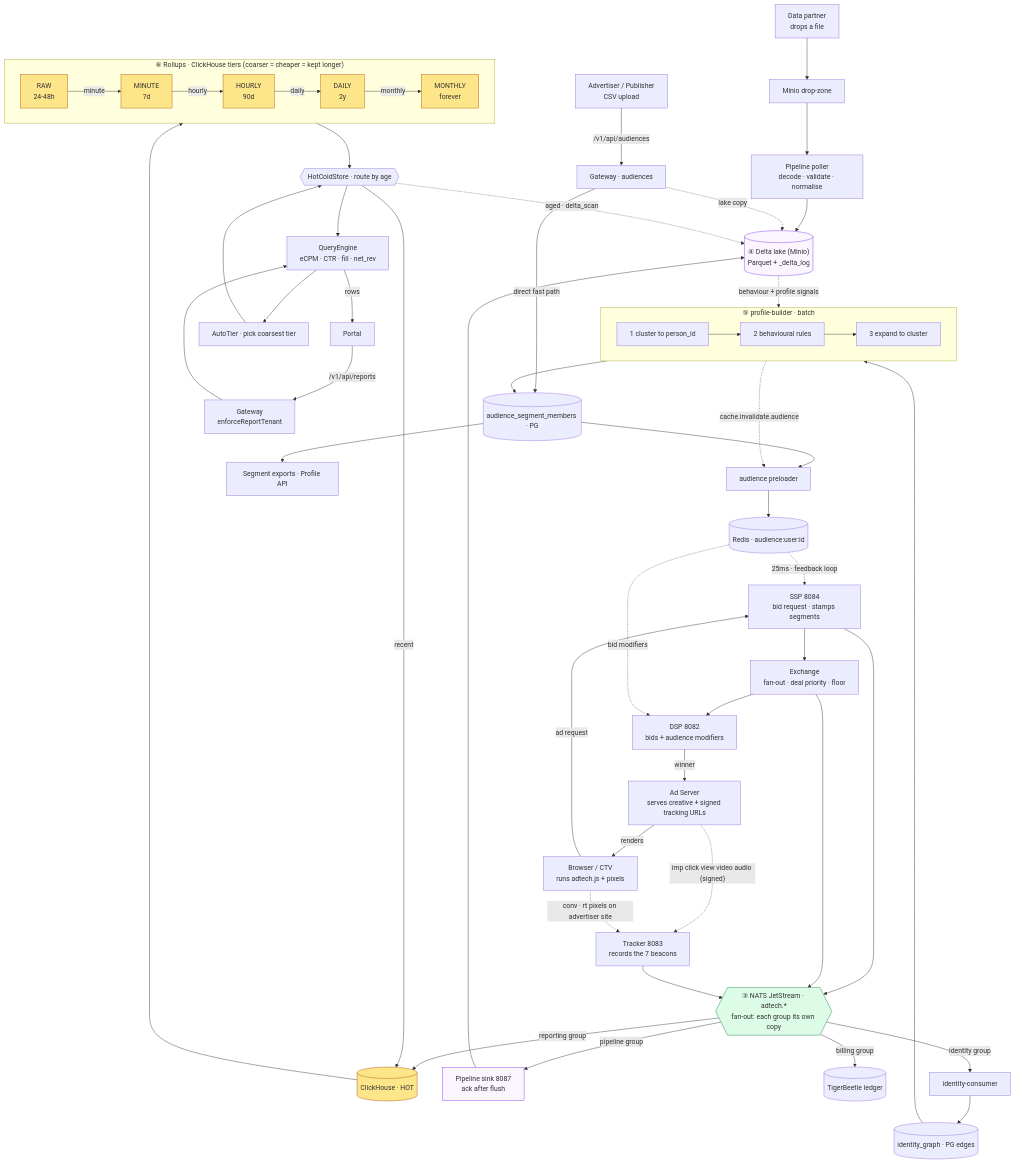
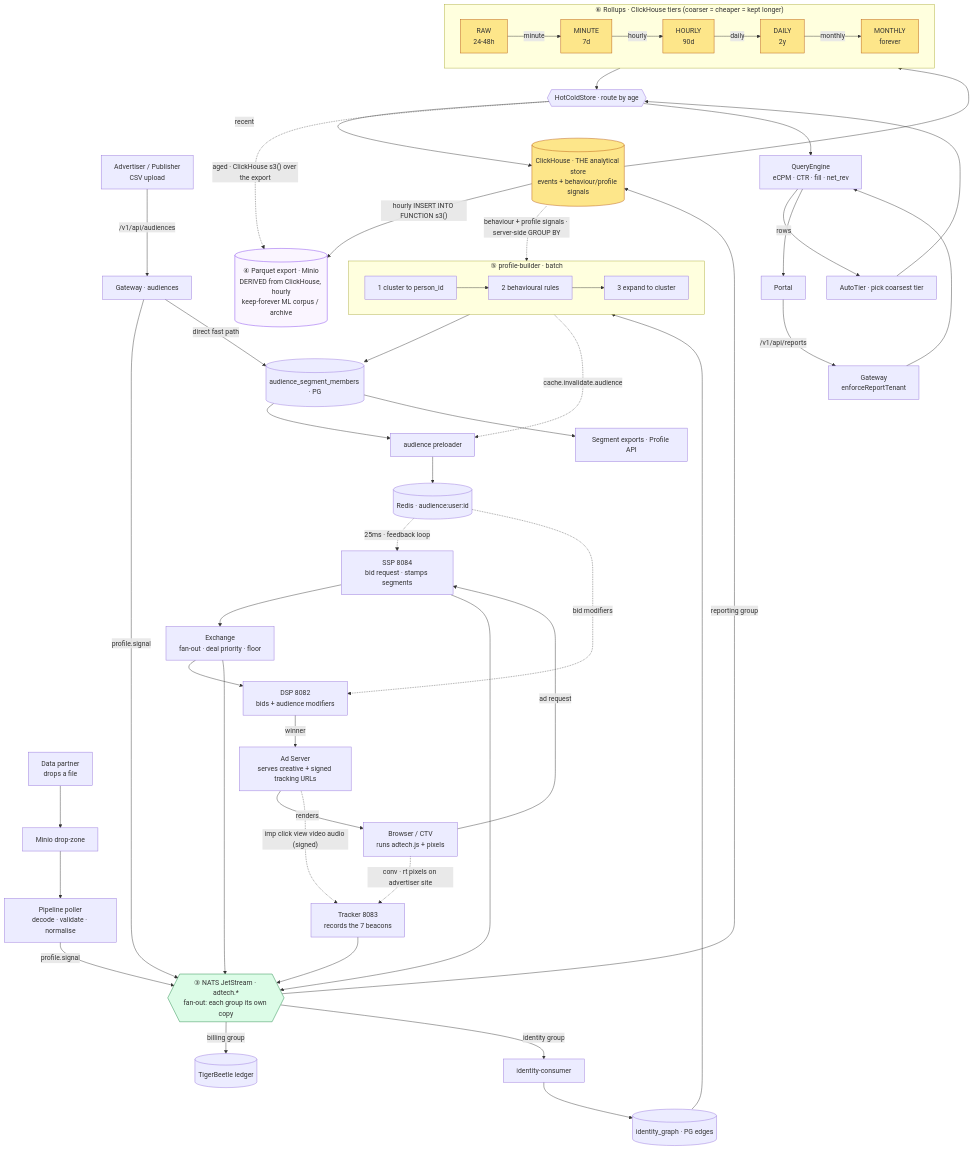
The diagram in docs/diagrams/data-lifecycle.md (MichaelJohnWatters/ad-tech-mono), drawn with Mermaid before and after one commit. The commit also changed other lines of this file and 29 other files, not shown here.

First line of the commit message:
diagrams: redraw for the ClickHouse-only analytics stack (ADR 0006)

````diff
--- a/docs/diagrams/data-lifecycle.md
+++ b/docs/diagrams/data-lifecycle.md
@@ -160,78 +162,79 @@
 ```mermaid
 flowchart TD
   %% ---------- ① sources ----------
   BR["Browser / CTV<br/>runs adtech.js + pixels"]
   OWN["Advertiser / Publisher<br/>CSV upload"]
   PART["Data partner<br/>drops a file"]
 
   %% ---------- ② auction ----------
   SSP["SSP 8084<br/>bid request · stamps segments"]
   EX["Exchange<br/>fan-out · deal priority · floor"]
   DSP["DSP 8082<br/>bids + audience modifiers"]
   ADS["Ad Server<br/>serves creative + signed tracking URLs"]
   TRK["Tracker 8083<br/>records the 7 beacons"]
 
   BR -->|"ad request"| SSP
   SSP --> EX --> DSP -->|"winner"| ADS -->|"renders"| BR
   ADS -.->|"imp click view video audio (signed)"| TRK
   BR -.->|"conv · rt pixels on advertiser site"| TRK
 
   %% onboarded lane
   OWN -->|"/v1/api/audiences"| GW1["Gateway · audiences"]
   PART --> DZ["Minio drop-zone"] --> POLL["Pipeline poller<br/>decode · validate · normalise"]
 
   %% ---------- ③ NATS fork ----------
   SSP --> NATS
   EX --> NATS
   TRK --> NATS
   NATS{{"③ NATS JetStream · adtech.*<br/>fan-out: each group its own copy"}}
 
-  NATS -->|"reporting group"| CH[("ClickHouse · HOT")]
-  NATS -->|"pipeline group"| SINK["Pipeline sink 8087<br/>ack after flush"]
+  NATS -->|"reporting group"| CH[("ClickHouse · THE analytical store<br/>events + behaviour/profile signals")]
   NATS -->|"billing group"| TB[("TigerBeetle ledger")]
   NATS -->|"identity group"| IDC["identity-consumer"]
 
-  %% ---------- ④ cold lake ----------
-  SINK --> LAKE[("④ Delta lake (Minio)<br/>Parquet + _delta_log")]
-  POLL --> LAKE
-  GW1 -.->|"lake copy"| LAKE
+  %% onboarded signals ride the same bus → reporting → ClickHouse (no lake copy)
+  GW1 -->|"profile.signal"| NATS
+  POLL -->|"profile.signal"| NATS
+
+  %% ---------- ④ derived Parquet export (ADR 0006) ----------
+  CH -->|"hourly INSERT INTO FUNCTION s3()"| LAKE[("④ Parquet export · Minio<br/>DERIVED from ClickHouse, hourly<br/>keep-forever ML corpus / archive")]
 
   %% ---------- ⑤ audience ----------
   IDC --> IDG[("identity_graph · PG edges")]
   subgraph PB["⑤ profile-builder · batch"]
     direction LR
     C1["1 cluster to person_id"] --> C2["2 behavioural rules"] --> C3["3 expand to cluster"]
   end
   IDG --> PB
-  LAKE -.->|"behaviour + profile signals"| PB
+  CH -.->|"behaviour + profile signals · server-side GROUP BY"| PB
   PB --> MEM[("audience_segment_members · PG")]
   GW1 -->|"direct fast path"| MEM
   MEM --> PRE["audience preloader"] --> RDS[("Redis · audience:user:id")]
   PB -.->|"cache.invalidate.audience"| PRE
   RDS -.->|"25ms · feedback loop"| SSP
   RDS -.->|"bid modifiers"| DSP
   MEM --> EXP["Segment exports · Profile API"]
 
   %% ---------- ⑥ rollups + read ----------
   subgraph ROLL["⑥ Rollups · ClickHouse tiers (coarser = cheaper = kept longer)"]
     direction LR
     RAW["RAW<br/>24-48h"] -->|"minute"| MIN["MINUTE<br/>7d"] -->|"hourly"| HR["HOURLY<br/>90d"] -->|"daily"| DAY["DAILY<br/>2y"] -->|"monthly"| MON["MONTHLY<br/>forever"]
   end
   CH --> RAW
 
   PORTAL["Portal"] -->|"/v1/api/reports"| GW2["Gateway<br/>enforceReportTenant"]
   GW2 --> QE["QueryEngine<br/>eCPM · CTR · fill · net_rev"]
   QE --> AT["AutoTier · pick coarsest tier"] --> HCS{{"HotColdStore · route by age"}}
   HCS -->|"recent"| CH
-  HCS -.->|"aged · delta_scan"| LAKE
+  HCS -.->|"aged · ClickHouse s3() over the export"| LAKE
   ROLL --> HCS
   HCS --> QE
   QE -->|"rows"| PORTAL
 
   classDef hot fill:#fde68a,stroke:#b45309;
   classDef cold fill:#faf5ff,stroke:#7c3aed;
   classDef bus fill:#dcfce7,stroke:#15803d;
   class CH,RAW,MIN,HR,DAY,MON hot;
-  class LAKE,SINK cold;
+  class LAKE cold;
   class NATS bus;
 ```
````
